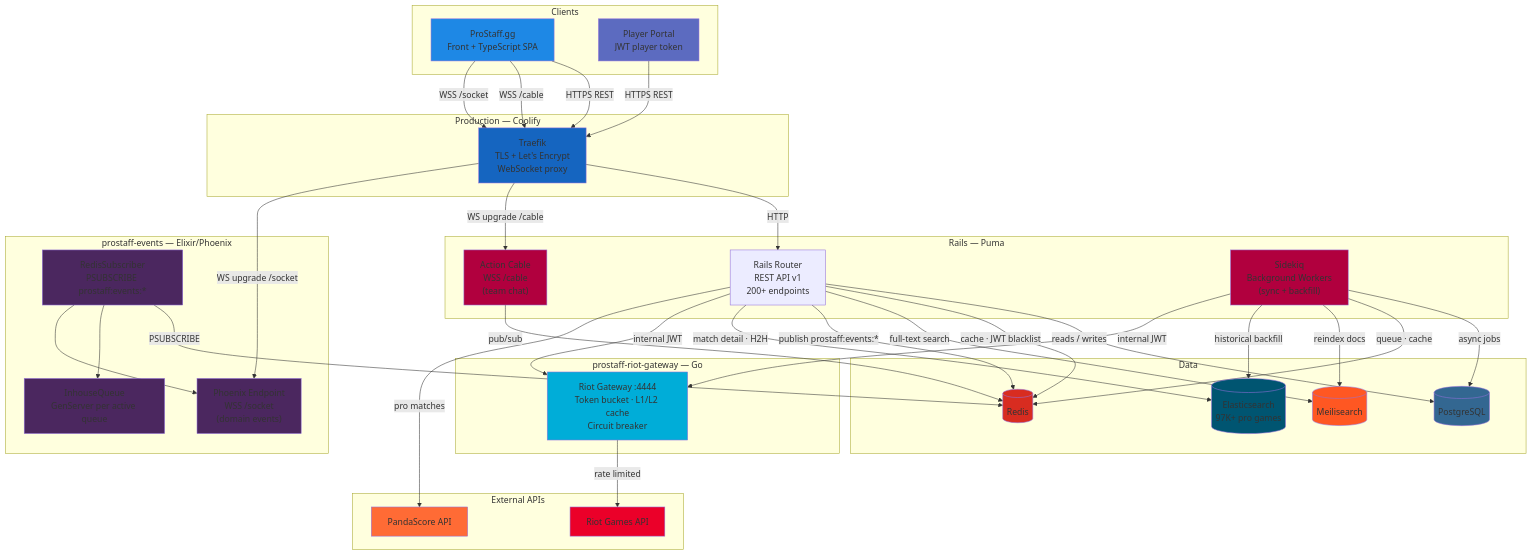
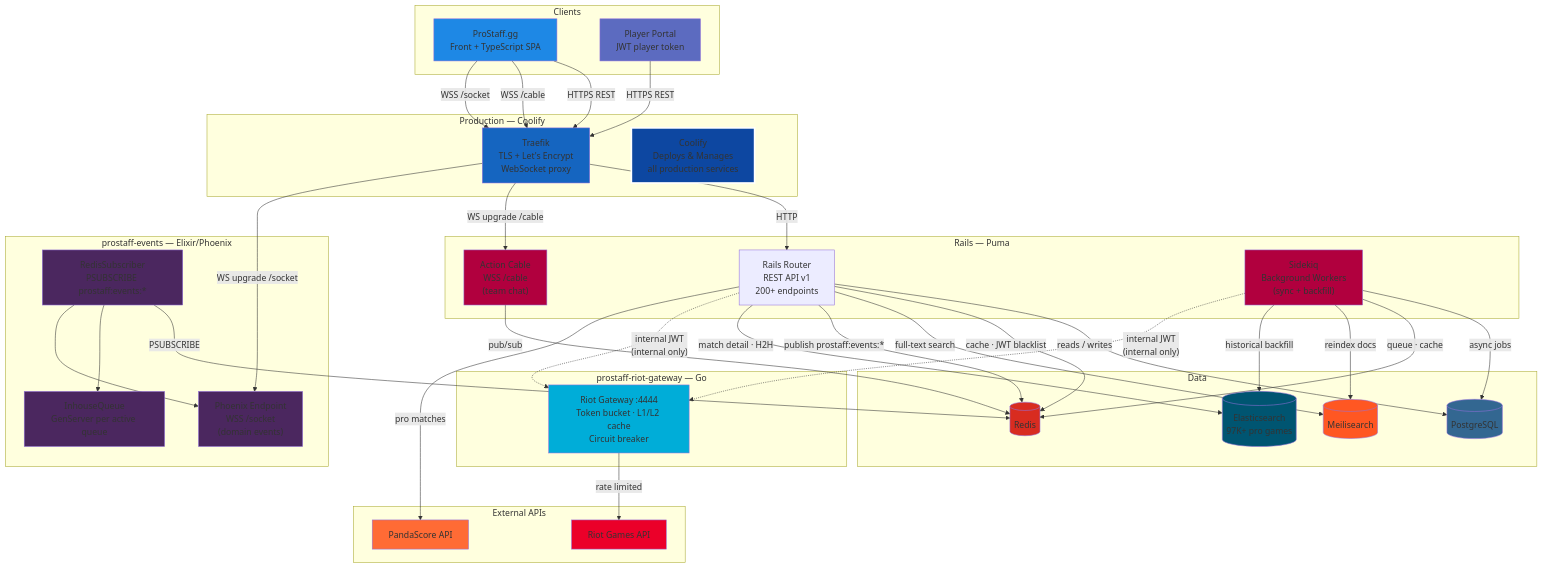
The second of 2 diagrams in README.md (Bulletdev/prostaff-api), drawn with Mermaid before and after one commit.

Commit message:
docs: enhance deployment architecture
Added internal JWT connections  for Router and Sidekiq.

````diff
--- a/README.md
+++ b/README.md
@@ -1185,4 +1185,5 @@
 ```mermaid
+
 graph TB
     subgraph "Clients"
         FrontendApp["ProStaff.gg<br/>Front + TypeScript SPA"]
@@ -1191,6 +1192,7 @@
 
     subgraph "Production — Coolify"
         Traefik["Traefik<br/>TLS + Let's Encrypt<br/>WebSocket proxy"]
+        CoolifyNode["Coolify<br/>Deploys & Manages<br/>all production services"]
     end
 
     subgraph "Rails — Puma"
@@ -1221,6 +1223,7 @@
         PandaScore["PandaScore API"]
     end
 
+    %% === Conexões ===
     FrontendApp -- "HTTPS REST" --> Traefik
     FrontendApp -- "WSS /cable" --> Traefik
     FrontendApp -- "WSS /socket" --> Traefik
@@ -1235,13 +1238,15 @@
     Router -- "full-text search" --> Meili
     Router -- "publish prostaff:events:*" --> RD
     Router -- "match detail · H2H" --> ES
-    Router -- "internal JWT" --> Gateway
+    Router -. "internal JWT<br/>(internal only)" .-> Gateway
+
     Cable -- "pub/sub" --> RD
+
     Sidekiq -- "async jobs" --> PG
     Sidekiq -- "queue · cache" --> RD
     Sidekiq -- "reindex docs" --> Meili
     Sidekiq -- "historical backfill" --> ES
-    Sidekiq -- "internal JWT" --> Gateway
+    Sidekiq -. "internal JWT<br/>(internal only)" .-> Gateway
 
     RedisSub -- "PSUBSCRIBE" --> RD
     RedisSub --> InhouseQ
@@ -1250,9 +1255,11 @@
     Gateway -- "rate limited" --> RiotAPI
     Router -- "pro matches" --> PandaScore
 
+    %% === Estilos ===
     style FrontendApp fill:#1e88e5
     style PlayerPortal fill:#5c6bc0
     style Traefik fill:#1565c0
+    style CoolifyNode fill:#0d47a1, stroke:#ffffff, stroke-width:3px
     style Cable fill:#b1003e
     style Sidekiq fill:#b1003e
     style PhoenixEndpoint fill:#4B275F
````
